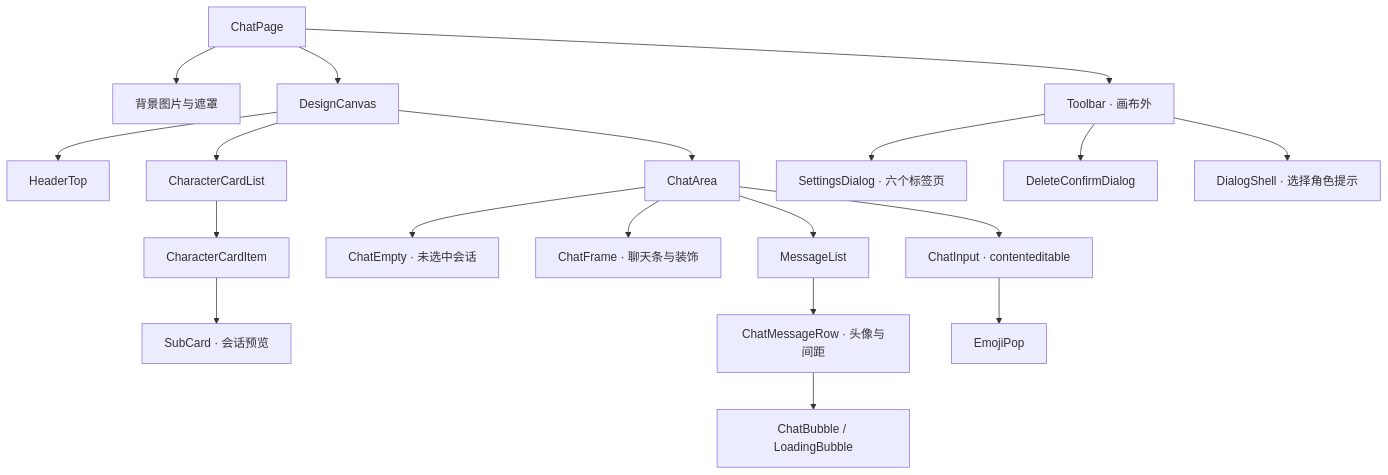
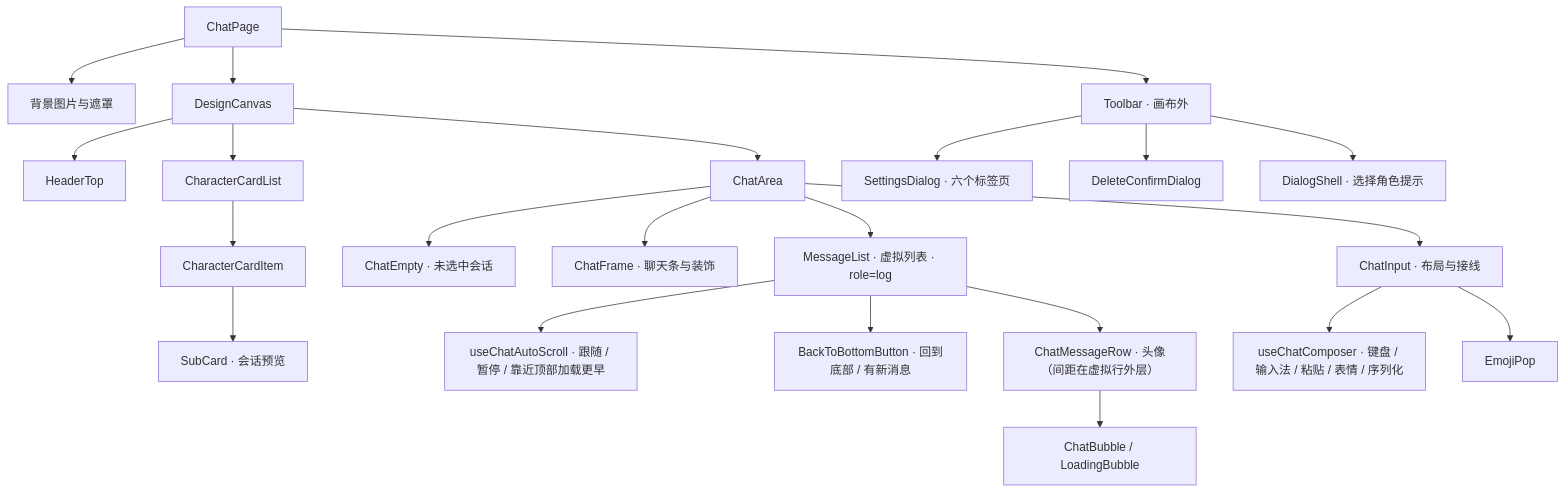
Before and after one commit to Youri2000/baker-chat: the second of 3 diagrams in docs/diagrams/frontend-architecture.md, drawn with Mermaid. The commit also changed other lines of this file and 6 other files, not shown here.

````diff
--- a/docs/diagrams/frontend-architecture.md
+++ b/docs/diagrams/frontend-architecture.md
@@ -64,22 +68,25 @@
 ```mermaid
 flowchart TB
     Page["ChatPage"]
     Page --> Background["背景图片与遮罩"]
     Page --> Canvas["DesignCanvas"]
     Page --> Toolbar["Toolbar · 画布外"]
     Canvas --> Header["HeaderTop"]
     Canvas --> Cards["CharacterCardList"]
     Canvas --> Area["ChatArea"]
     Cards --> Card["CharacterCardItem"]
     Card --> Sub["SubCard · 会话预览"]
     Area --> Empty["ChatEmpty · 未选中会话"]
     Area --> Frame["ChatFrame · 聊天条与装饰"]
-    Area --> List["MessageList"]
-    Area --> Input["ChatInput · contenteditable"]
-    List --> Row["ChatMessageRow · 头像与间距"]
+    Area --> List["MessageList · 虚拟列表 · role=log"]
+    Area --> Input["ChatInput · 布局与接线"]
+    List --> Scroll["useChatAutoScroll · 跟随 / 暂停 / 靠近顶部加载更早"]
+    List --> Back["BackToBottomButton · 回到底部 / 有新消息"]
+    List --> Row["ChatMessageRow · 头像（间距在虚拟行外层）"]
     Row --> Bubble["ChatBubble / LoadingBubble"]
+    Input --> Composer["useChatComposer · 键盘 / 输入法 / 粘贴 / 表情 / 序列化"]
     Input --> Emoji["EmojiPop"]
     Toolbar --> Settings["SettingsDialog · 六个标签页"]
     Toolbar --> Delete["DeleteConfirmDialog"]
     Toolbar --> Hint["DialogShell · 选择角色提示"]
 ```
````
